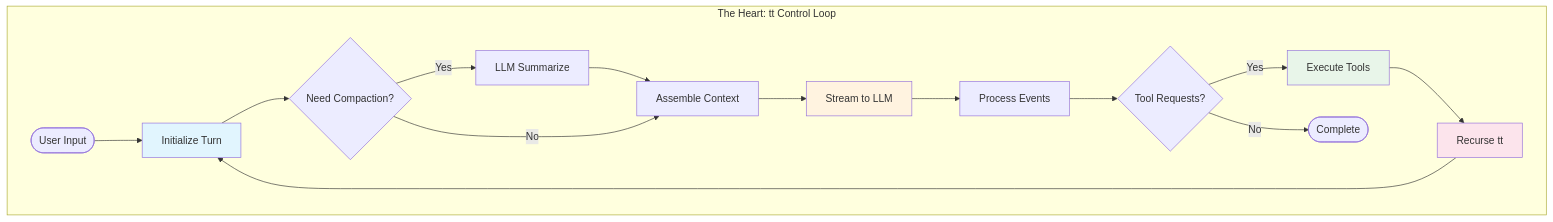
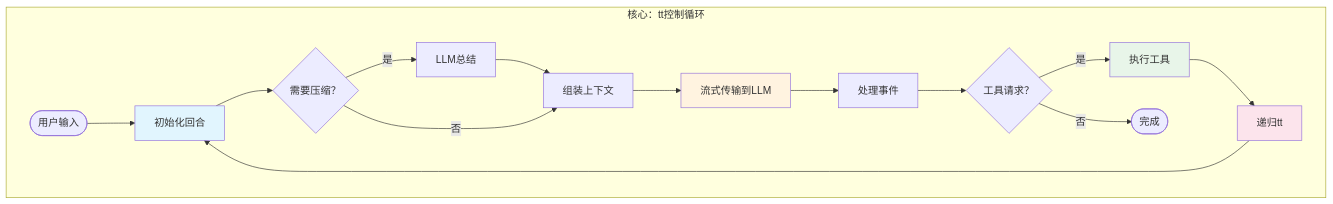
Before and after one commit to hanshuang-ai/BLOG: the first of 2 diagrams in source/_posts/claude-code架构-引擎室.md, drawn with Mermaid. The commit also changed other lines of this file and 10 other files, not shown here.

````diff
--- a/source/_posts/claude-code架构-引擎室.md
+++ b/source/_posts/claude-code架构-引擎室.md
@@ -9,26 +10,26 @@
 ```mermaid
 graph TB
-    subgraph "The Heart: tt Control Loop"
-        Start([User Input]) --> Init[Initialize Turn]
-        Init --> Compact{Need Compaction?}
-        Compact -->|Yes| CompactLLM[LLM Summarize]
+    subgraph "核心：tt控制循环"
+        Start([用户输入]) --> Init[初始化回合]
+        Init --> Compact{需要压缩？}
+        Compact -->|是| CompactLLM[LLM总结]
         CompactLLM --> Assembly
-        Compact -->|No| Assembly[Assemble Context]
+        Compact -->|否| Assembly[组装上下文]
 
-        Assembly --> Stream[Stream to LLM]
-        Stream --> Process[Process Events]
-        Process --> Tools{Tool Requests?}
+        Assembly --> Stream[流式传输到LLM]
+        Stream --> Process[处理事件]
+        Process --> Tools{工具请求？}
 
-        Tools -->|Yes| Execute[Execute Tools]
-        Execute --> Recurse[Recurse tt]
+        Tools -->|是| Execute[执行工具]
+        Execute --> Recurse[递归tt]
         Recurse --> Init
 
-        Tools -->|No| End([Complete])
+        Tools -->|否| End([完成])
     end
 
     style Init fill:#e1f5fe
     style Stream fill:#fff3e0
     style Execute fill:#e8f5e9
     style Recurse fill:#fce4ec
 
 ```
````
